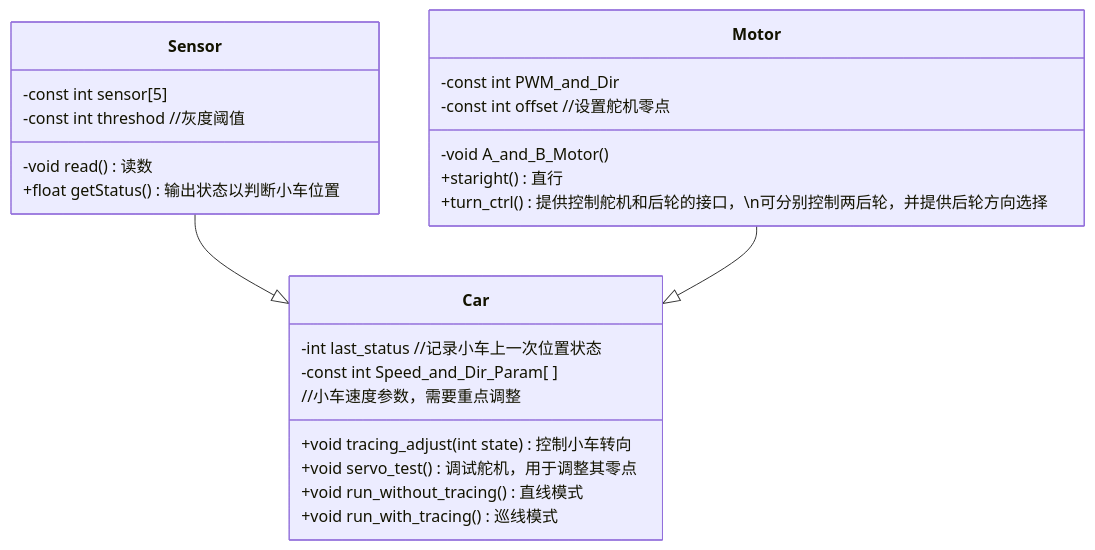
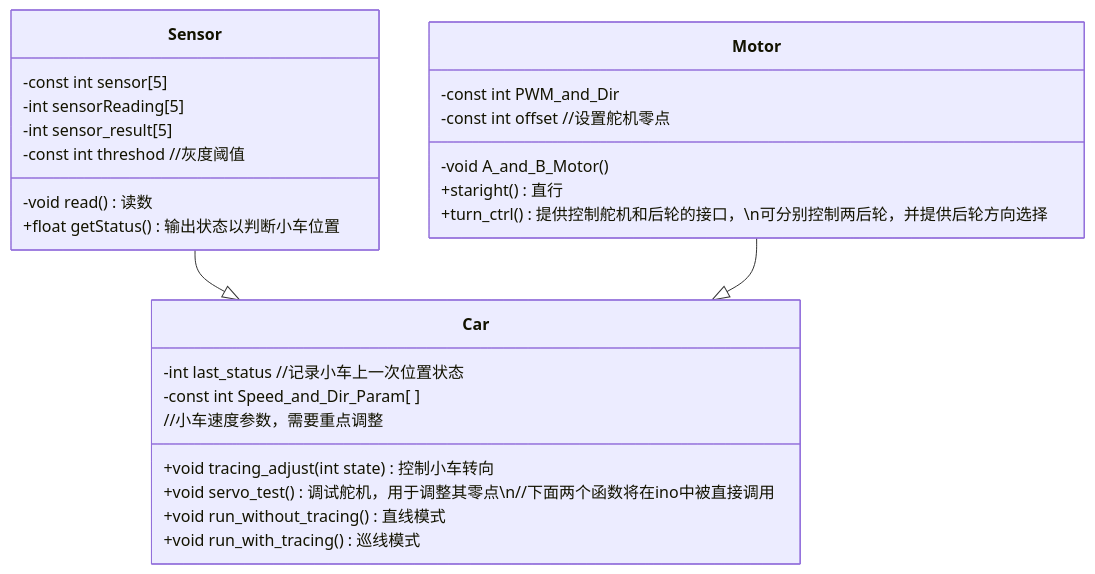
The first of 3 diagrams in README.md (0kitasan/TracingCar), drawn with Mermaid before and after one commit. The commit also changed other lines of this file, not shown here.

Commit message:
mermaid7

````diff
--- a/README.md
+++ b/README.md
@@ -11,28 +11,30 @@
 ``` mermaid
 classDiagram
     Sensor --|> Car
     Motor --|> Car
     class Sensor{
         -const int sensor[5]
+        -int sensorReading[5]
+        -int sensor_result[5]
         -const int threshod //灰度阈值
         -void read() 读数
         +float getStatus() 输出状态以判断小车位置
     }
     class Motor{
         -const int PWM_and_Dir
         -const int offset //设置舵机零点
         
         -void A_and_B_Motor()
         +staright() 直行
         +turn_ctrl() 提供控制舵机和后轮的接口，\n可分别控制两后轮，并提供后轮方向选择
     }
     class Car{
         -int last_status //记录小车上一次位置状态
         -const int Speed_and_Dir_Param[ ] 
         //小车速度参数，需要重点调整
         +void tracing_adjust(int state) 控制小车转向
-        +void servo_test() 调试舵机，用于调整其零点
+        +void servo_test() 调试舵机，用于调整其零点\n//下面两个函数将在ino中被直接调用
         +void run_without_tracing() 直线模式
         +void run_with_tracing() 巡线模式
     }
 ```
````
